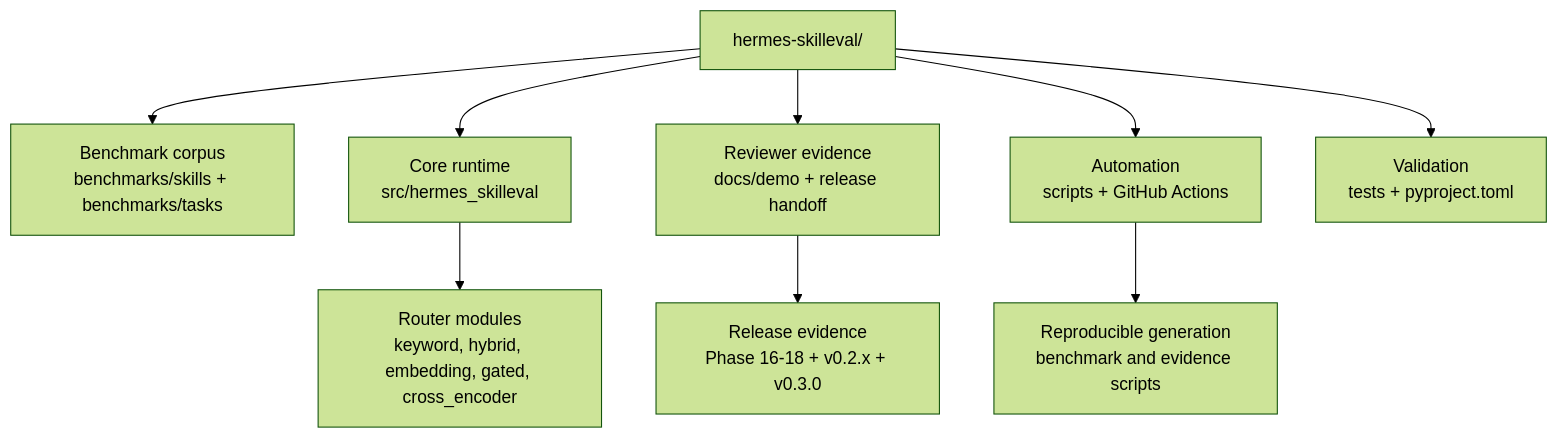
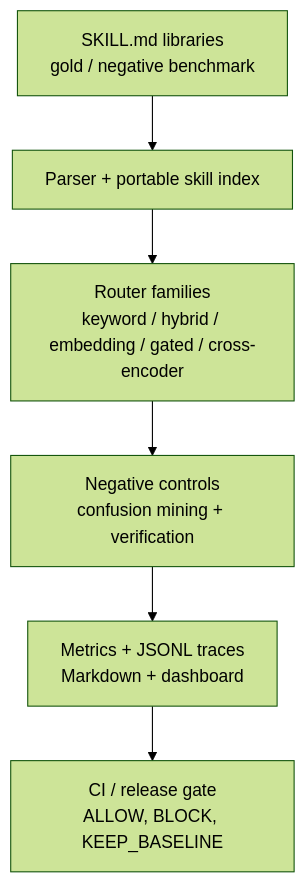
Before and after one commit to Raidriar7170/hermes-skilleval: the second of 2 diagrams in README.md, drawn with Mermaid (forest theme). The commit also changed other lines of this file and 1 other file, not shown here.

````diff
--- a/README.md
+++ b/README.md
@@ -234,13 +200,11 @@
 ```mermaid
 flowchart TD
-    repo["hermes-skilleval/"]
-    repo --> corpus["Benchmark corpus<br/>benchmarks/skills + benchmarks/tasks"]
-    repo --> runtime["Core runtime<br/>src/hermes_skilleval"]
-    repo --> evidence["Reviewer evidence<br/>docs/demo + release handoff"]
-    repo --> automation["Automation<br/>scripts + GitHub Actions"]
-    repo --> validation["Validation<br/>tests + pyproject.toml"]
+    corpus["SKILL.md libraries<br/>gold / negative benchmark"]
+    index["Parser + portable skill index"]
+    routers["Router families<br/>keyword / hybrid / embedding / gated / cross-encoder"]
+    verifier["Negative controls<br/>confusion mining + verification"]
+    evidence["Metrics + JSONL traces<br/>Markdown + dashboard"]
+    gate["CI / release gate<br/>ALLOW, BLOCK, KEEP_BASELINE"]
 
-    runtime --> routers["Router modules<br/>keyword, hybrid, embedding, gated, cross_encoder"]
-    evidence --> release["Release evidence<br/>Phase 16-18 + v0.2.x + v0.3.0"]
-    automation --> regeneration["Reproducible generation<br/>benchmark and evidence scripts"]
+    corpus --> index --> routers --> verifier --> evidence --> gate
 ```
````
